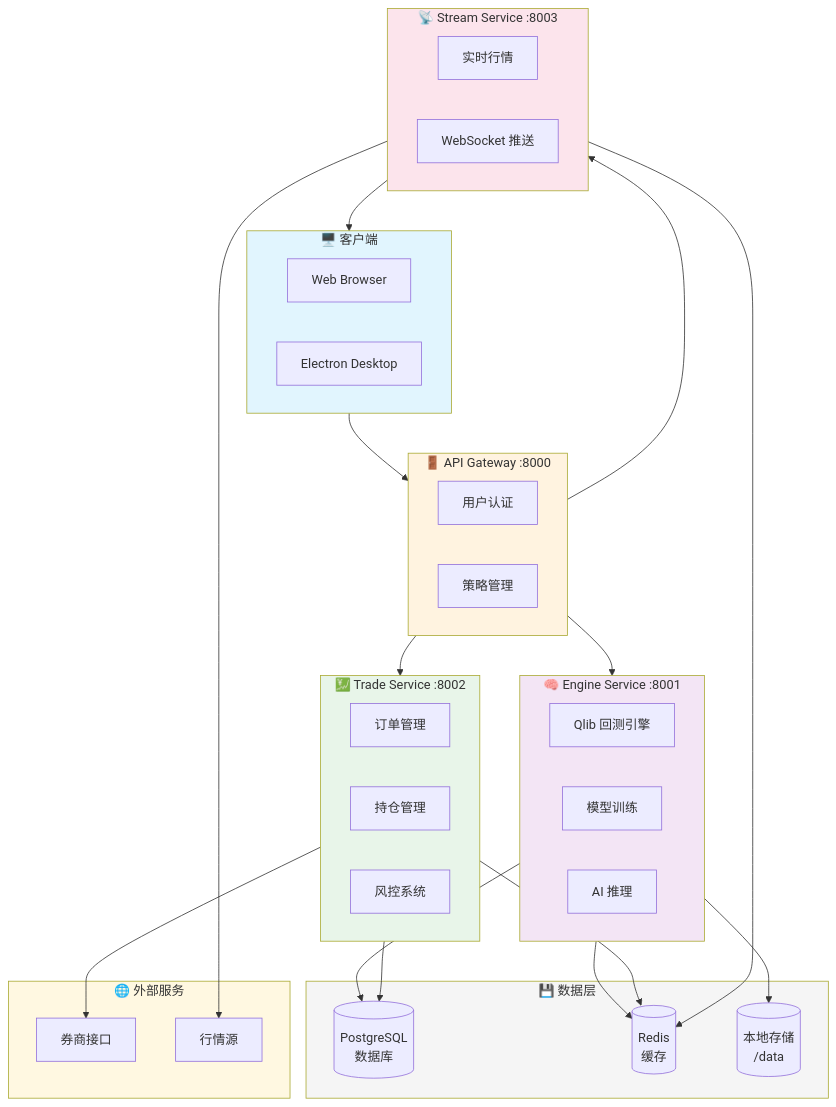
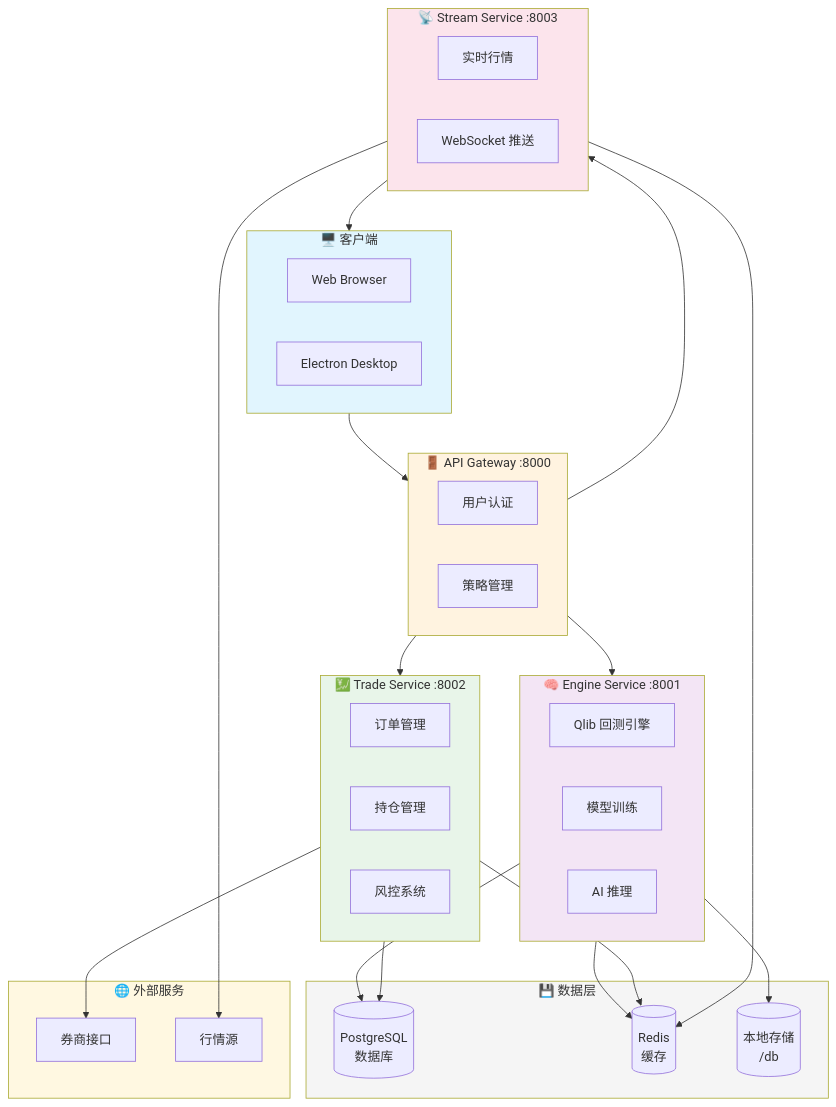
One commit to wuliaozhanxian-creator/QuantMind changed the second of 2 diagrams in README.md. Above: the diagram before and after it, drawn with Mermaid.

Commit message:
docs: 将主数据目录从 /data 调整为 /db

````diff
--- a/README.md
+++ b/README.md
@@ -222,65 +222,65 @@
 ```mermaid
 flowchart TB
     subgraph Client["🖥️ 客户端"]
         Web["Web Browser"]
         Desktop["Electron Desktop"]
     end
 
     subgraph Gateway["🚪 API Gateway :8000"]
         Auth["用户认证"]
         Strategy["策略管理"]
     end
 
     subgraph Engine["🧠 Engine Service :8001"]
         Qlib["Qlib 回测引擎"]
         Training["模型训练"]
         Inference["AI 推理"]
     end
 
     subgraph Trade["💹 Trade Service :8002"]
         Order["订单管理"]
         Position["持仓管理"]
         Risk["风控系统"]
     end
 
     subgraph Stream["📡 Stream Service :8003"]
         Quote["实时行情"]
         WS["WebSocket 推送"]
     end
 
     subgraph Storage["💾 数据层"]
         PG[("PostgreSQL<br/>数据库")]
         Redis[("Redis<br/>缓存")]
-        Local[("本地存储<br/>/data")]
+        Local[("本地存储<br/>/db")]
     end
 
     subgraph External["🌐 外部服务"]
         Broker["券商接口"]
         Market["行情源"]
     end
 
     Client --> Gateway
     Gateway --> Engine
     Gateway --> Trade
     Gateway --> Stream
 
     Engine --> PG
     Engine --> Redis
     Engine --> Local
 
     Trade --> PG
     Trade --> Redis
     Trade --> Broker
 
     Stream --> Redis
     Stream --> Market
     Stream --> Client
 
     style Client fill:#e1f5fe
     style Gateway fill:#fff3e0
     style Engine fill:#f3e5f5
     style Trade fill:#e8f5e9
     style Stream fill:#fce4ec
     style Storage fill:#f5f5f5
     style External fill:#fff8e1
 ```
````
